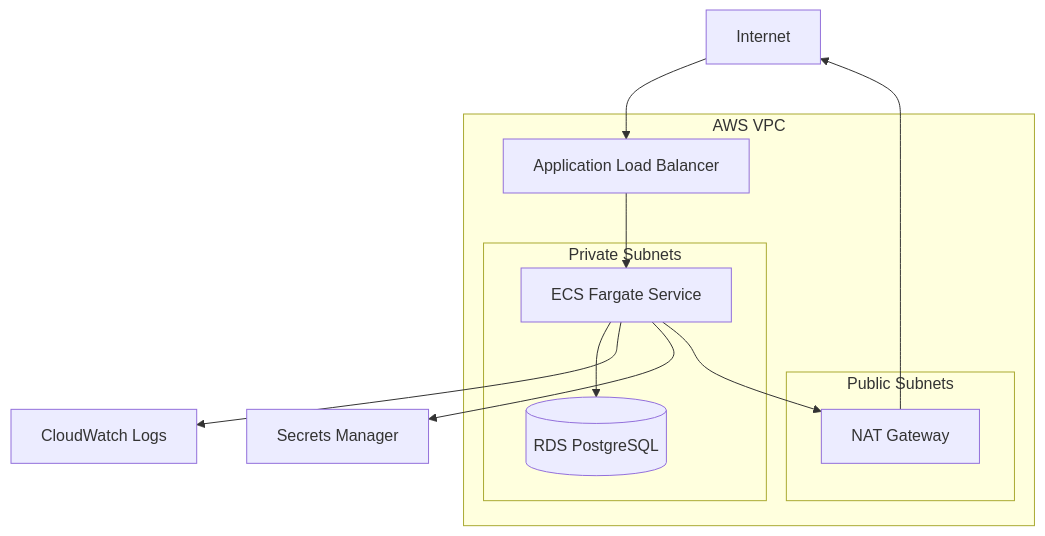
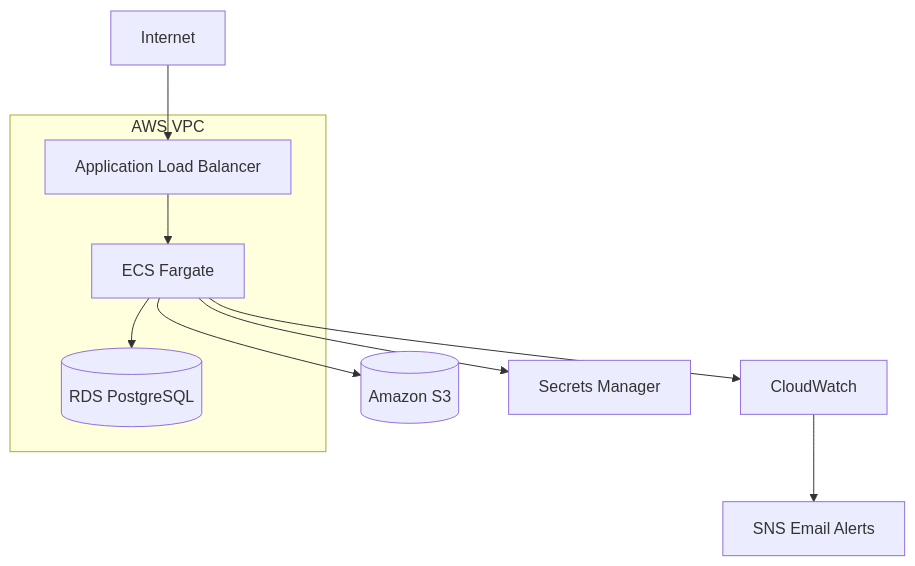
Before and after one commit to A-Marbach/vikunja-aws-fargate: the diagram in README.md, drawn with Mermaid. The commit also changed other lines of this file and 1 other file, not shown here.

````diff
--- a/README.md
+++ b/README.md
@@ -7,23 +9,16 @@
 ```mermaid
 flowchart TD
     Internet --> ALB[Application Load Balancer]
-    ALB --> ECS[ECS Fargate Service]
+    ALB --> ECS[ECS Fargate]
     ECS --> RDS[(RDS PostgreSQL)]
-    ECS --> CW[CloudWatch Logs]
+    ECS --> S3[(Amazon S3)]
+    ECS --> CW[CloudWatch]
     ECS --> SM[Secrets Manager]
-    NAT[NAT Gateway] --> Internet
-    ECS --> NAT
+    CW --> SNS[SNS Email Alerts]
 
     subgraph AWS VPC
         ALB
-
-        subgraph Public Subnets
-            NAT
-        end
-
-        subgraph Private Subnets
-            ECS
-            RDS
-        end
+        ECS
+        RDS
     end
 ```
````
